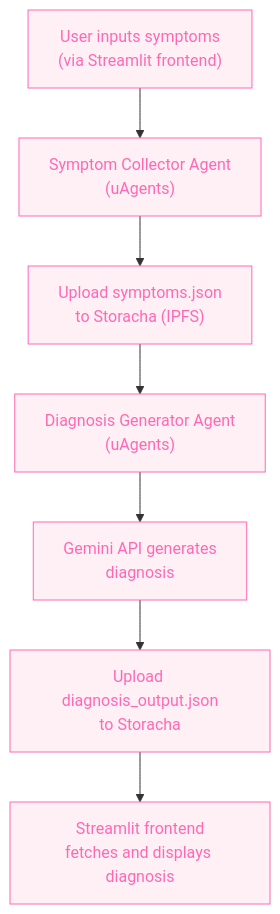
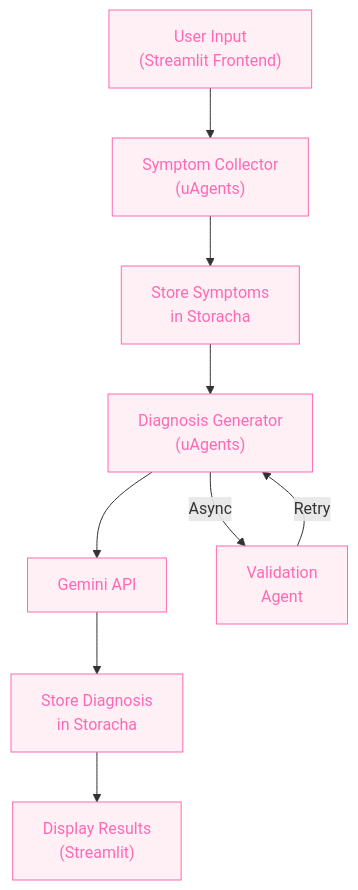
Before and after one commit to Fatumayattani/staba: the diagram in README.md, drawn with Mermaid.

Commit message:
update changes

````diff
--- a/README.md
+++ b/README.md
@@ -26,17 +26,25 @@
 ```mermaid
 flowchart TD
     %% Styling
     classDef pink fill:#fff0f5,color:#ff69b4,stroke:#ff69b4
     
-    %% Nodes (quotes + escaped line breaks)
-    A["User inputs symptoms<br/>(via Streamlit frontend)"]:::pink
-    B["Symptom Collector Agent<br/>(uAgents)"]:::pink
-    C["Upload symptoms.json<br/>to Storacha (IPFS)"]:::pink
-    D["Diagnosis Generator Agent<br/>(uAgents)"]:::pink
-    E["Gemini API generates<br/>diagnosis"]:::pink
-    F["Upload diagnosis_output.json<br/>to Storacha"]:::pink
-    G["Streamlit frontend<br/>fetches and displays diagnosis"]:::pink
+    %% Main Vertical Flow
+    A["User Input<br/>(Streamlit Frontend)"]:::pink
+    B["Symptom Collector<br/>(uAgents)"]:::pink
+    C["Store Symptoms<br/>in Storacha"]:::pink
+    D["Diagnosis Generator<br/>(uAgents)"]:::pink
+    G["Display Results<br/>(Streamlit)"]:::pink
 
-    %% Vertical Layout
-    A --> B --> C --> D --> E --> F --> G
+    %% Horizontal Elements
+    E["Gemini API"]:::pink
+    F["Store Diagnosis<br/>in Storacha"]:::pink
+
+    %% Connections
+    A --> B --> C
+    C --> D --> E
+    E --> F --> G
+    
+    %% Horizontal Branch
+    D -->|Async| H["Validation<br/>Agent"]:::pink
+    H -->|Retry| D
 ```
````
